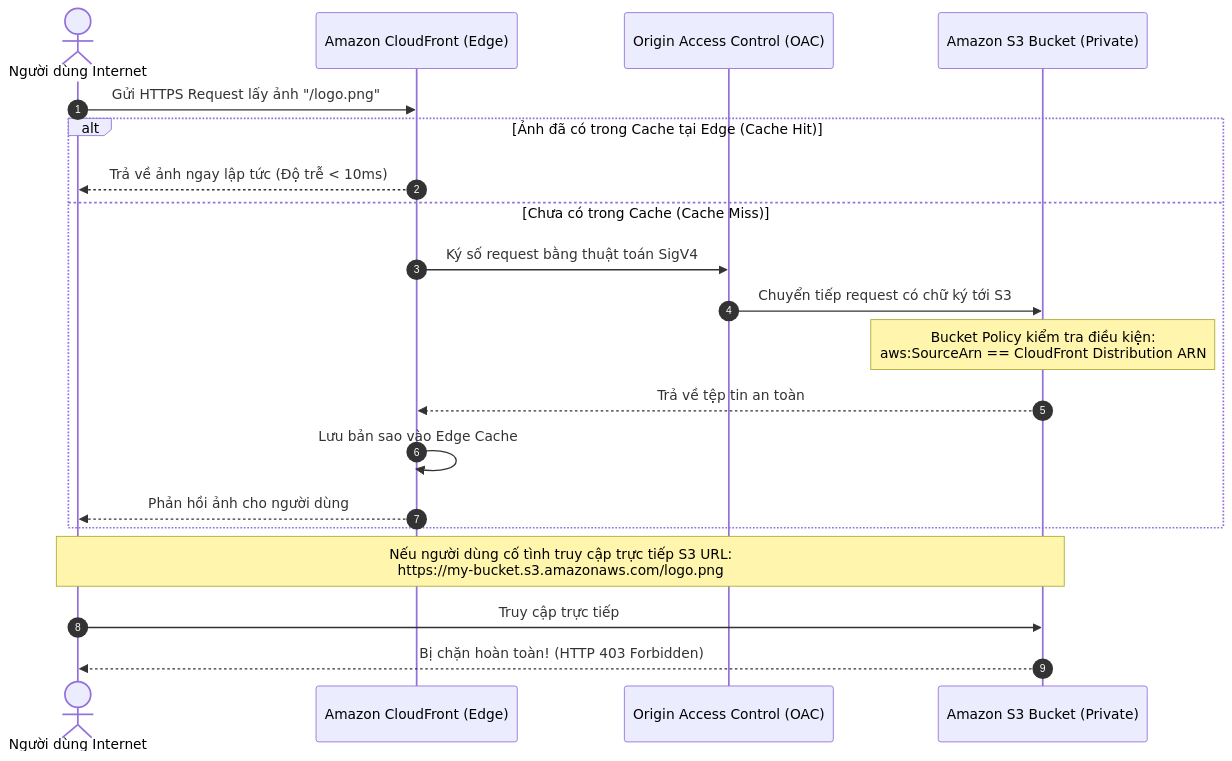
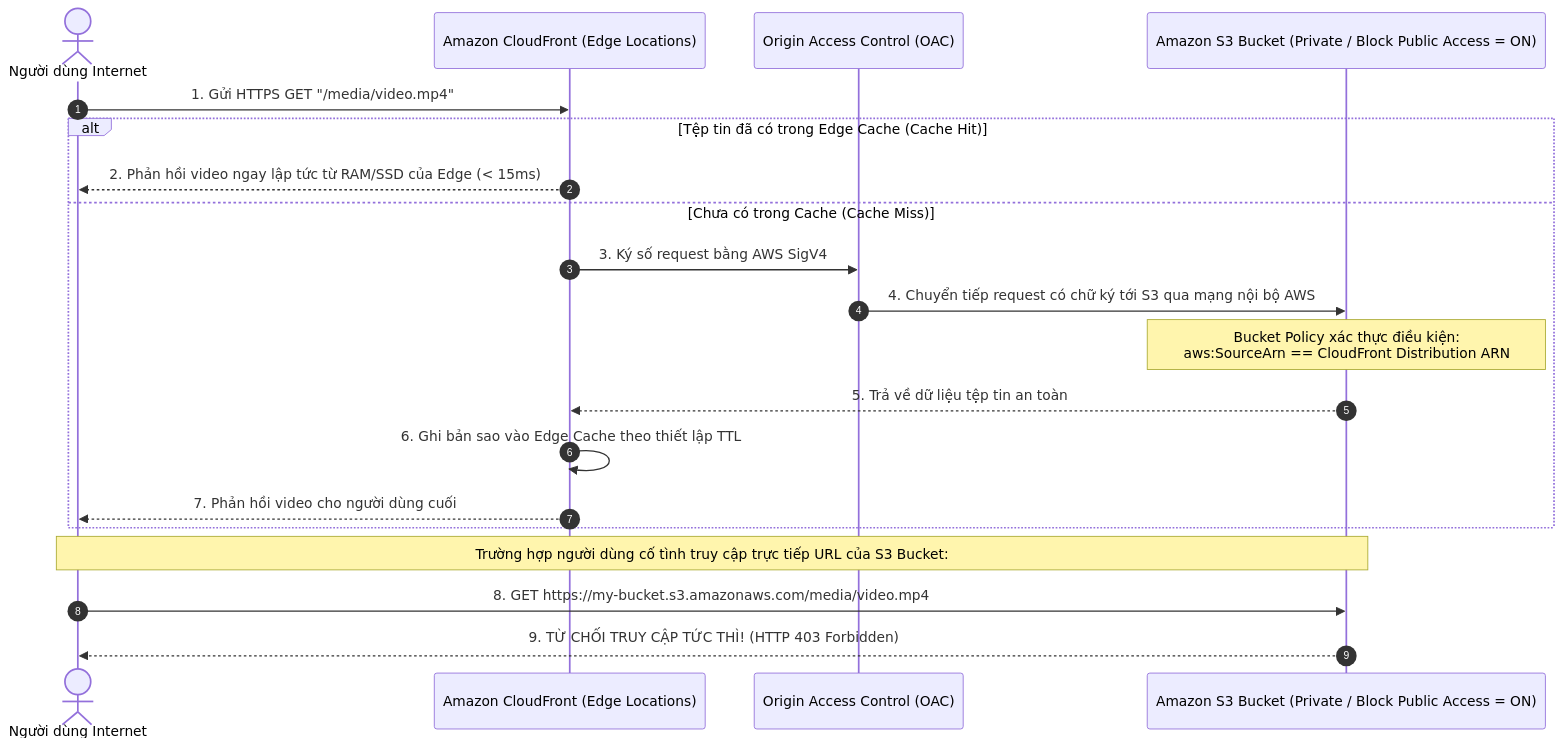
Before and after one commit to nhatphanhk/AWS_XBrain_Note: the third of 4 diagrams in AWS_Services/S3_and_CloudFront_Storage.md, drawn with Mermaid. The commit also changed other lines of this file and 15 other files, not shown here.

````diff
--- a/AWS_Services/S3_and_CloudFront_Storage.md
+++ b/AWS_Services/S3_and_CloudFront_Storage.md
@@ -95,24 +141,24 @@
 ```mermaid
 sequenceDiagram
     autonumber
     actor User as Người dùng Internet
-    participant CF as Amazon CloudFront (Edge)
+    participant CF as Amazon CloudFront (Edge Locations)
     participant OAC as Origin Access Control (OAC)
-    participant S3 as Amazon S3 Bucket (Private)
+    participant S3 as Amazon S3 Bucket (Private / Block Public Access = ON)
 
-    User->>CF: Gửi HTTPS Request lấy ảnh "/logo.png"
-    alt Ảnh đã có trong Cache tại Edge (Cache Hit)
-        CF-->>User: Trả về ảnh ngay lập tức (Độ trễ < 10ms)
+    User->>CF: 1. Gửi HTTPS GET "/media/video.mp4"
+    alt Tệp tin đã có trong Edge Cache (Cache Hit)
+        CF-->>User: 2. Phản hồi video ngay lập tức từ RAM/SSD của Edge (< 15ms)
     else Chưa có trong Cache (Cache Miss)
-        CF->>OAC: Ký số request bằng thuật toán SigV4
-        OAC->>S3: Chuyển tiếp request có chữ ký tới S3
-        Note over S3: Bucket Policy kiểm tra điều kiện:<br/>aws:SourceArn == CloudFront Distribution ARN
-        S3-->>CF: Trả về tệp tin an toàn
-        CF->>CF: Lưu bản sao vào Edge Cache
-        CF-->>User: Phản hồi ảnh cho người dùng
+        CF->>OAC: 3. Ký số request bằng AWS SigV4
+        OAC->>S3: 4. Chuyển tiếp request có chữ ký tới S3 qua mạng nội bộ AWS
+        Note over S3: Bucket Policy xác thực điều kiện:<br/>aws:SourceArn == CloudFront Distribution ARN
+        S3-->>CF: 5. Trả về dữ liệu tệp tin an toàn
+        CF->>CF: 6. Ghi bản sao vào Edge Cache theo thiết lập TTL
+        CF-->>User: 7. Phản hồi video cho người dùng cuối
     end
 
-    Note over User,S3: Nếu người dùng cố tình truy cập trực tiếp S3 URL:<br/>https://my-bucket.s3.amazonaws.com/logo.png
-    User->>S3: Truy cập trực tiếp
-    S3-->>User: Bị chặn hoàn toàn! (HTTP 403 Forbidden)
+    Note over User,S3: Trường hợp người dùng cố tình truy cập trực tiếp URL của S3 Bucket:
+    User->>S3: 8. GET https://my-bucket.s3.amazonaws.com/media/video.mp4
+    S3-->>User: 9. TỪ CHỐI TRUY CẬP TỨC THÌ! (HTTP 403 Forbidden)
 ```
````
